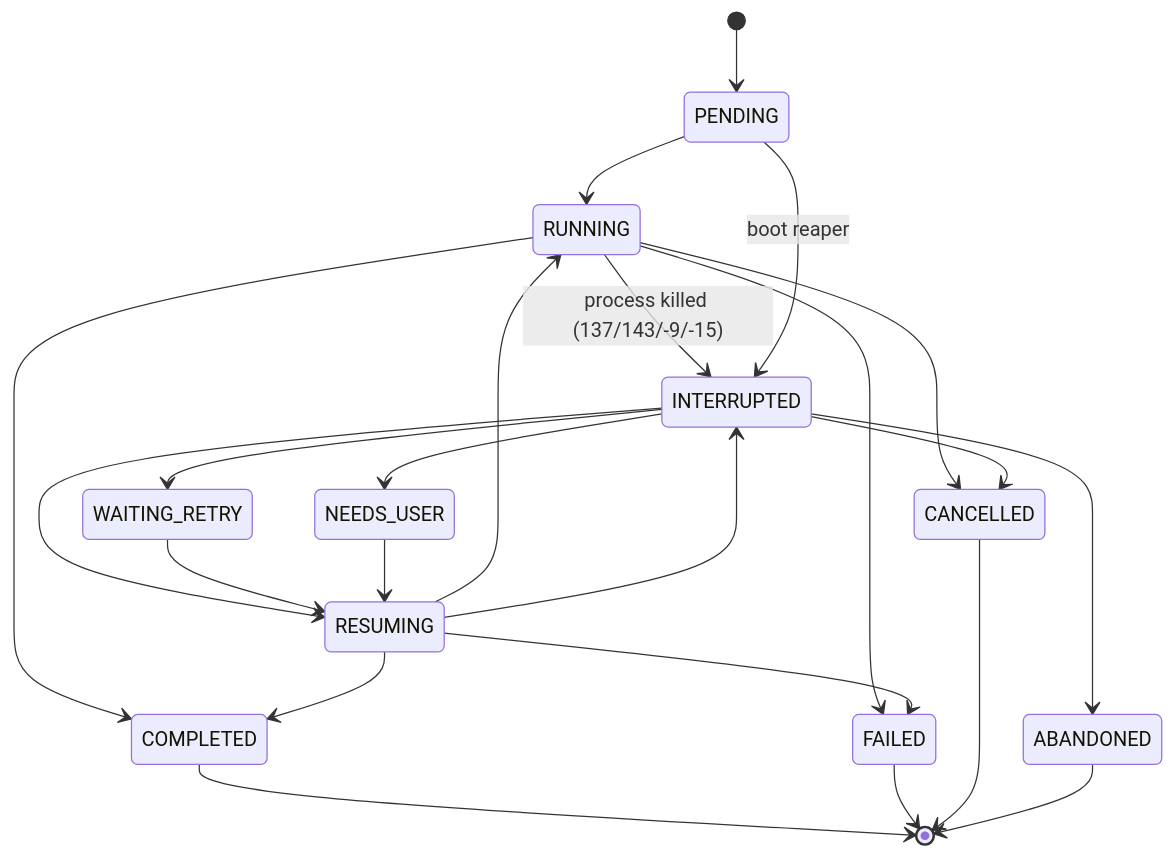
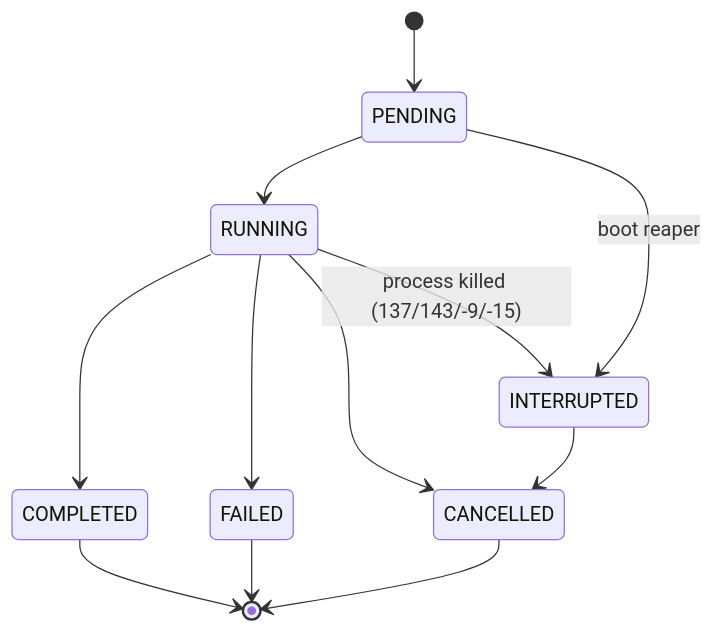
The diagram in docs/claude-ref/layer-22-task-engine-m2.md (CorvinLabs/CorvinOS), drawn with Mermaid before and after one commit. The commit also changed other lines of this file and 84 other files, not shown here.

````diff
--- a/docs/claude-ref/layer-22-task-engine-m2.md
+++ b/docs/claude-ref/layer-22-task-engine-m2.md
@@ -589,25 +601,14 @@
 ```mermaid
 stateDiagram-v2
     [*] --> PENDING
     PENDING --> RUNNING
     RUNNING --> COMPLETED
     RUNNING --> FAILED
     RUNNING --> CANCELLED
     RUNNING --> INTERRUPTED: process killed (137/143/-9/-15)
     PENDING --> INTERRUPTED: boot reaper
-    INTERRUPTED --> RESUMING
-    INTERRUPTED --> WAITING_RETRY
-    INTERRUPTED --> NEEDS_USER
-    INTERRUPTED --> ABANDONED
     INTERRUPTED --> CANCELLED
-    WAITING_RETRY --> RESUMING
-    NEEDS_USER --> RESUMING
-    RESUMING --> RUNNING
-    RESUMING --> COMPLETED
-    RESUMING --> FAILED
-    RESUMING --> INTERRUPTED
     COMPLETED --> [*]
     FAILED --> [*]
     CANCELLED --> [*]
-    ABANDONED --> [*]
 ```
````
